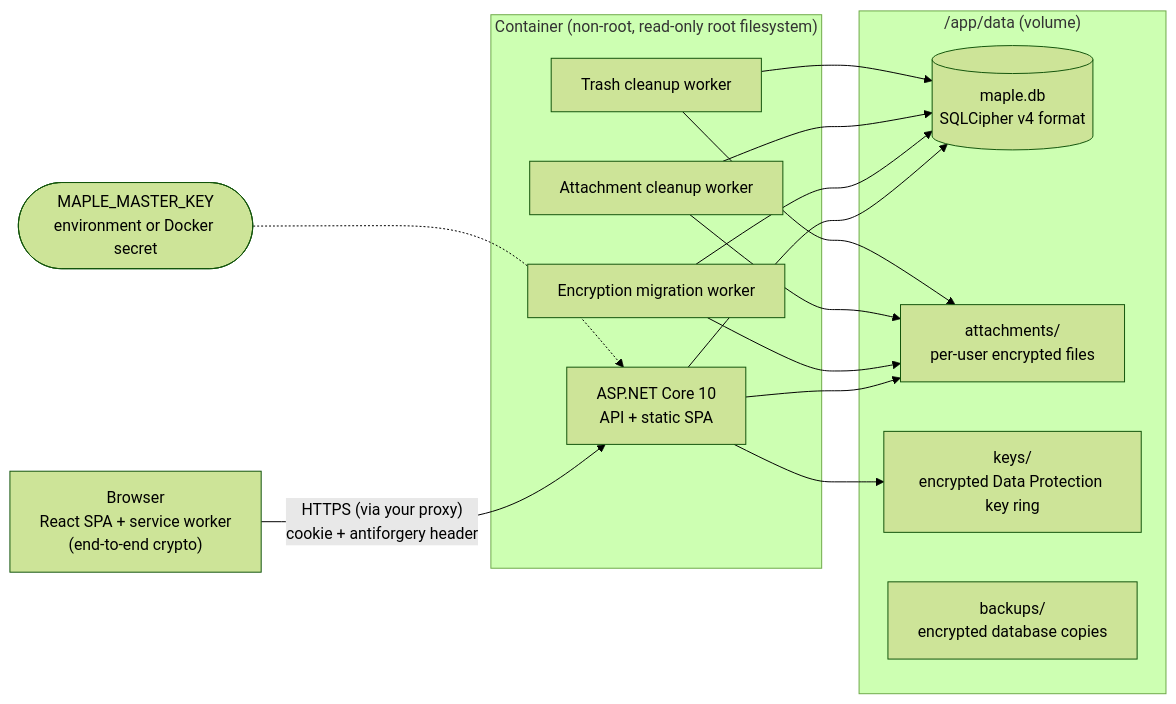
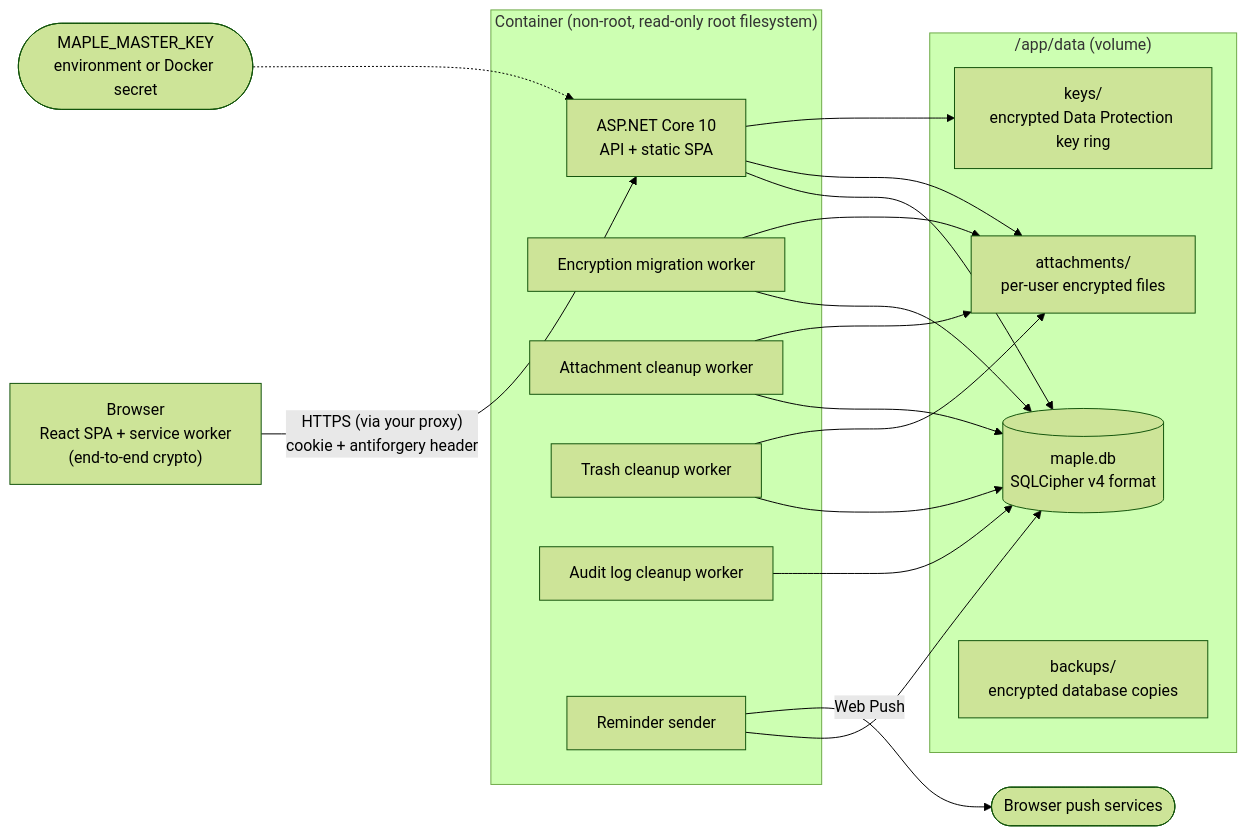
Before and after one commit to supunsarachitha/MapleNotes: the first of 3 diagrams in docs/architecture.md, drawn with Mermaid (forest theme). The commit also changed other lines of this file, not shown here.

First line of the commit message:
Phase 4: refresh architecture.md

````diff
--- a/docs/architecture.md
+++ b/docs/architecture.md
@@ -15,21 +15,26 @@
 ```mermaid
 flowchart LR
     browser["Browser<br/>React SPA + service worker<br/>(end-to-end crypto)"] -- "HTTPS (via your proxy)<br/>cookie + antiforgery header" --> server
     subgraph container["Container (non-root, read-only root filesystem)"]
         server["ASP.NET Core 10<br/>API + static SPA"]
         worker1["Encryption migration worker"]
         worker2["Attachment cleanup worker"]
         worker3["Trash cleanup worker"]
+        worker4["Audit log cleanup worker"]
+        worker5["Reminder sender"]
     end
     subgraph data["/app/data (volume)"]
         db[("maple.db<br/>SQLCipher v4 format")]
         files["attachments/<br/>per-user encrypted files"]
         keys["keys/<br/>encrypted Data Protection key ring"]
         backups["backups/<br/>encrypted database copies"]
     end
     server --> db & files & keys
     worker1 --> db & files
     worker2 --> db & files
     worker3 --> db & files
+    worker4 --> db
+    worker5 --> db
+    worker5 -- "Web Push" --> push(["Browser push services"])
     master(["MAPLE_MASTER_KEY<br/>environment or Docker secret"]) -.-> server
 ```
````
